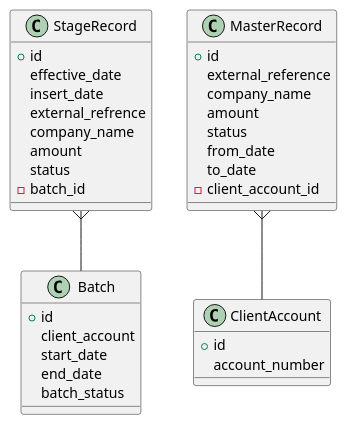
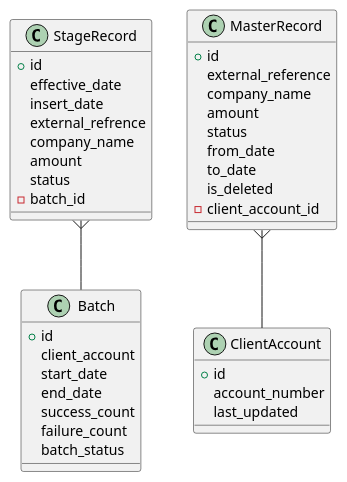
The diagram in docs/database_design.puml (mariusvrstr/Python-SCD-ETL), drawn with PlantUML before and after one commit.

Commit message:
design updates

```diff
--- a/docs/database_design.puml
+++ b/docs/database_design.puml
@@ -1,41 +1,45 @@
 @startuml ERD Design
 
 class StageRecord {
     +id
     effective_date
     insert_date
     external_refrence
     company_name
     amount
     status
     -batch_id
 }
 
 class Batch {
     +id
     client_account
     start_date
     end_date
+    success_count
+    failure_count
     batch_status
 }
 
 class MasterRecord {
     +id
     external_reference
     company_name
     amount
     status
     from_date
     to_date
+    is_deleted
     -client_account_id
 }
 
 class ClientAccount {
     +id
     account_number
+    last_updated
 }
 
 StageRecord }-- Batch
 MasterRecord }-- ClientAccount
 
 @enduml
```
